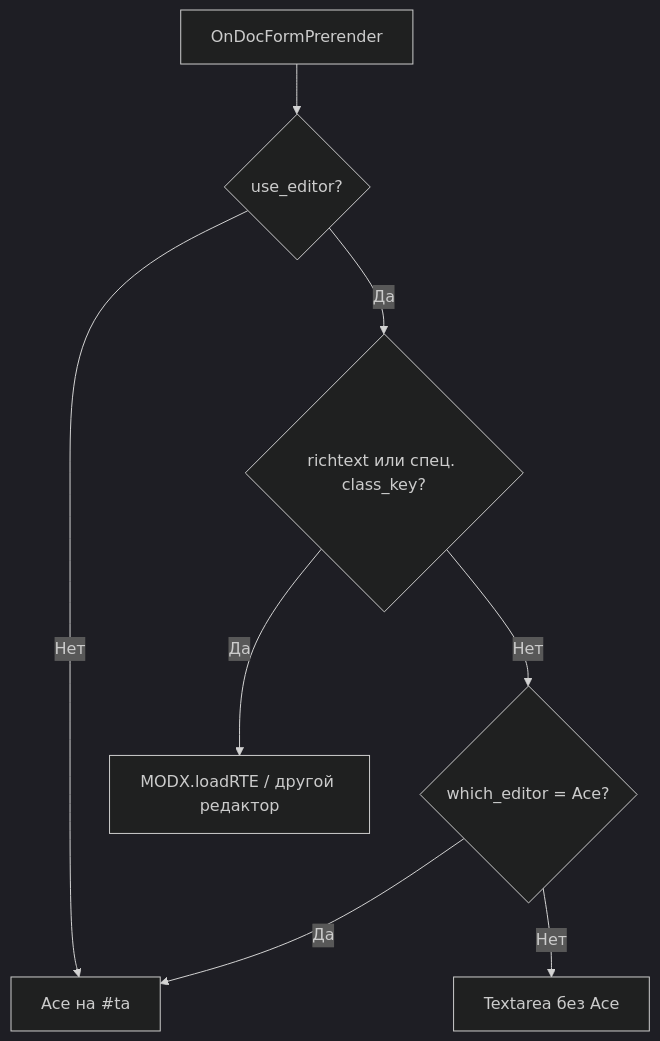
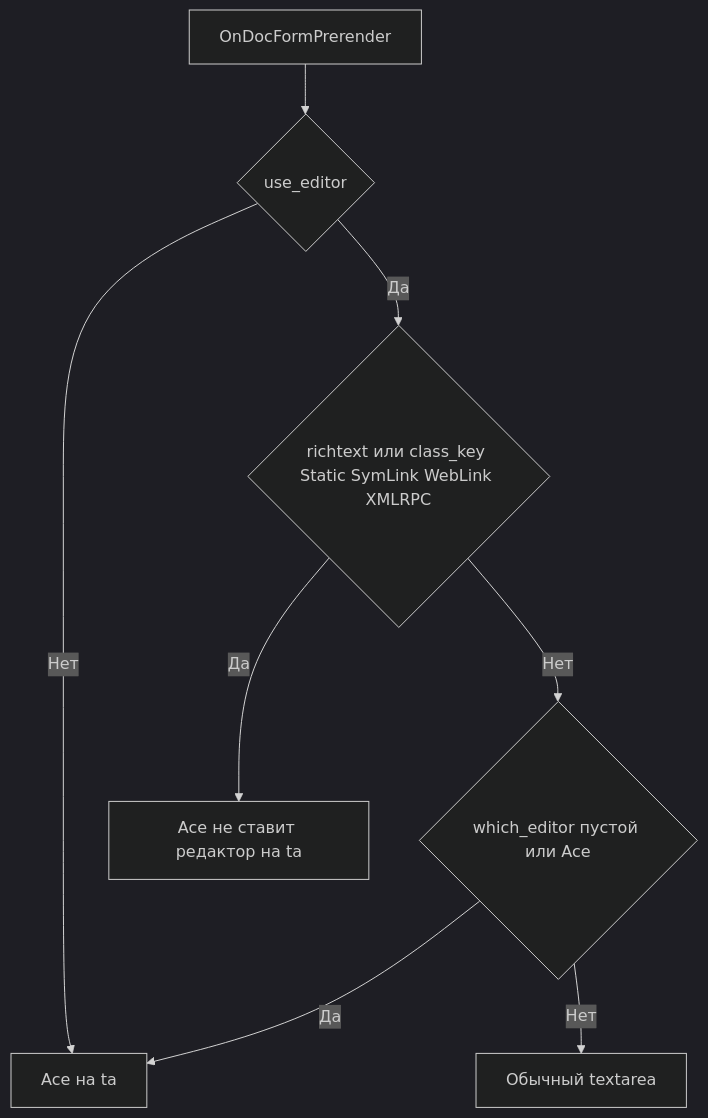
The diagram in docs/components/ace/integration.md (modx-pro/Docs), drawn with Mermaid (dark theme) before and after one commit. The commit also changed other lines of this file and 11 other files, not shown here.

````diff
--- a/docs/components/ace/integration.md
+++ b/docs/components/ace/integration.md
@@ -27,18 +26,18 @@
 ```mermaid
 flowchart TD
     start[OnDocFormPrerender]
-    useEd{use_editor?}
-    rich{richtext или спец. class_key?}
-    which{which_editor = Ace?}
-    ace[Ace на #ta]
-    rte[MODX.loadRTE / другой редактор]
-    plain[Textarea без Ace]
+    useEd{use_editor}
+    rich{richtext или class_key Static SymLink WebLink XMLRPC}
+    which{which_editor пустой или Ace}
+    ace[Ace на ta]
+    skip[Ace не ставит редактор на ta]
+    plain[Обычный textarea]
 
     start --> useEd
     useEd -->|Нет| ace
     useEd -->|Да| rich
-    rich -->|Да| rte
+    rich -->|Да| skip
     rich -->|Нет| which
     which -->|Да| ace
     which -->|Нет| plain
 ```
````
